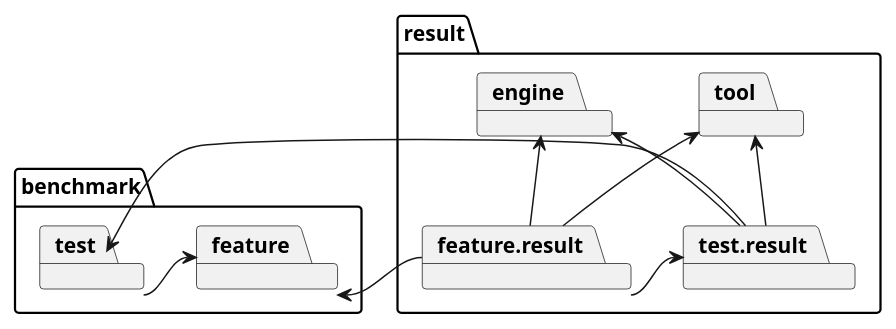
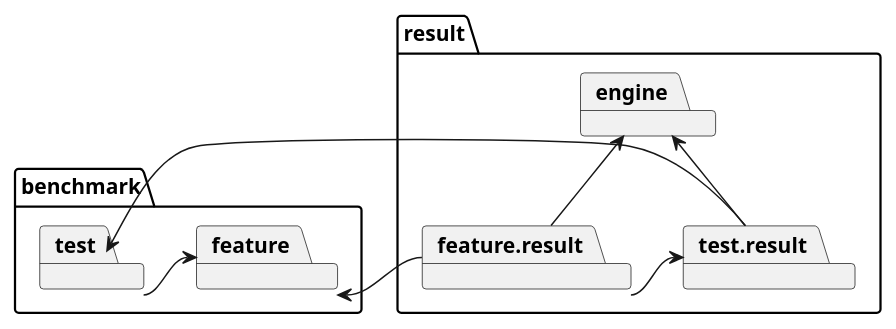
The diagram in pebl/doc/highlevel.puml (uniba-dsg/betsy), drawn with PlantUML before and after one commit. The commit also changed 118 other files, not shown here.

```diff
--- a/pebl/doc/highlevel.puml
+++ b/pebl/doc/highlevel.puml
@@ -1,30 +1,27 @@
 @startuml
 package "benchmark" {
 package "feature"
 package "test"
 }
 package "result"{
 package "engine"
-package "tool"
 package "test.result"
 package "feature.result"
 }
 
 test -> feature
 test.result -up-> engine
-test.result -up-> tool
 test.result -> test
 feature.result -> test.result
 feature.result -> feature
 feature.result -up-> engine
-feature.result -up-> tool
 
 
 hide empty members
 hide empty methods
 hide circle
 
 skinparam monochrome true
 skinparam shadowing false
 skinparam packageStyle rect
 @enduml
```
